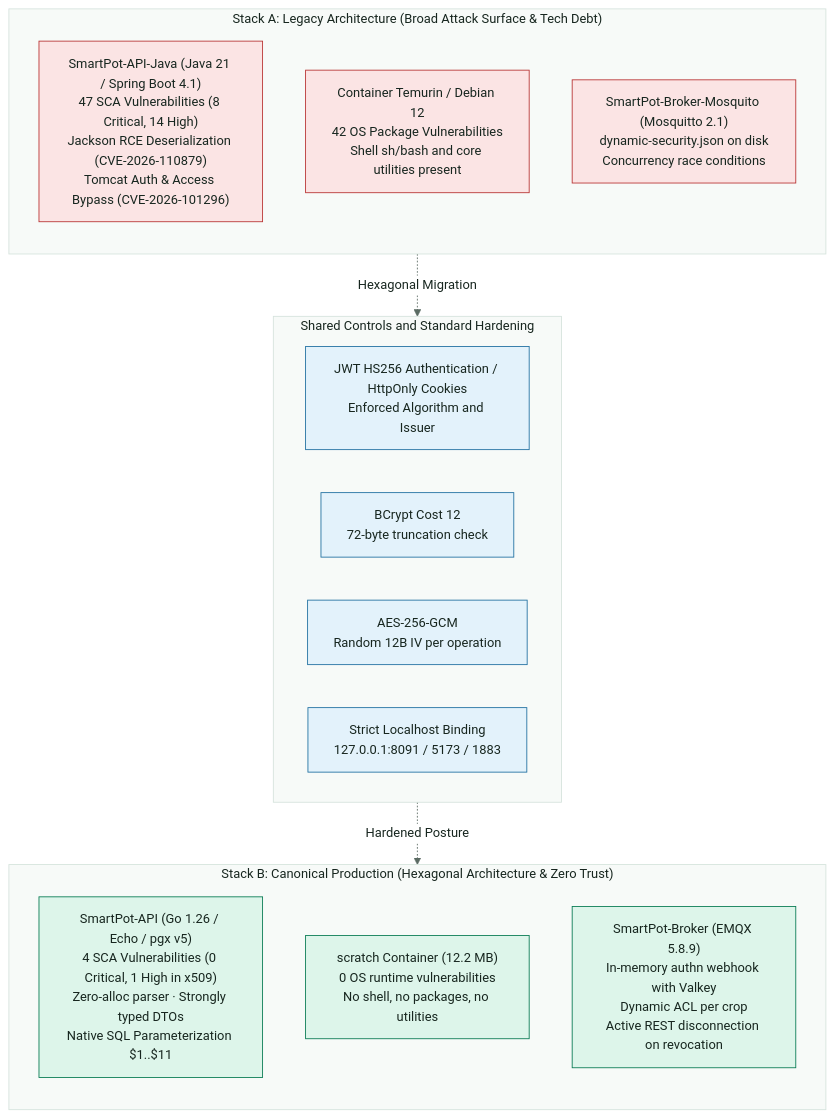
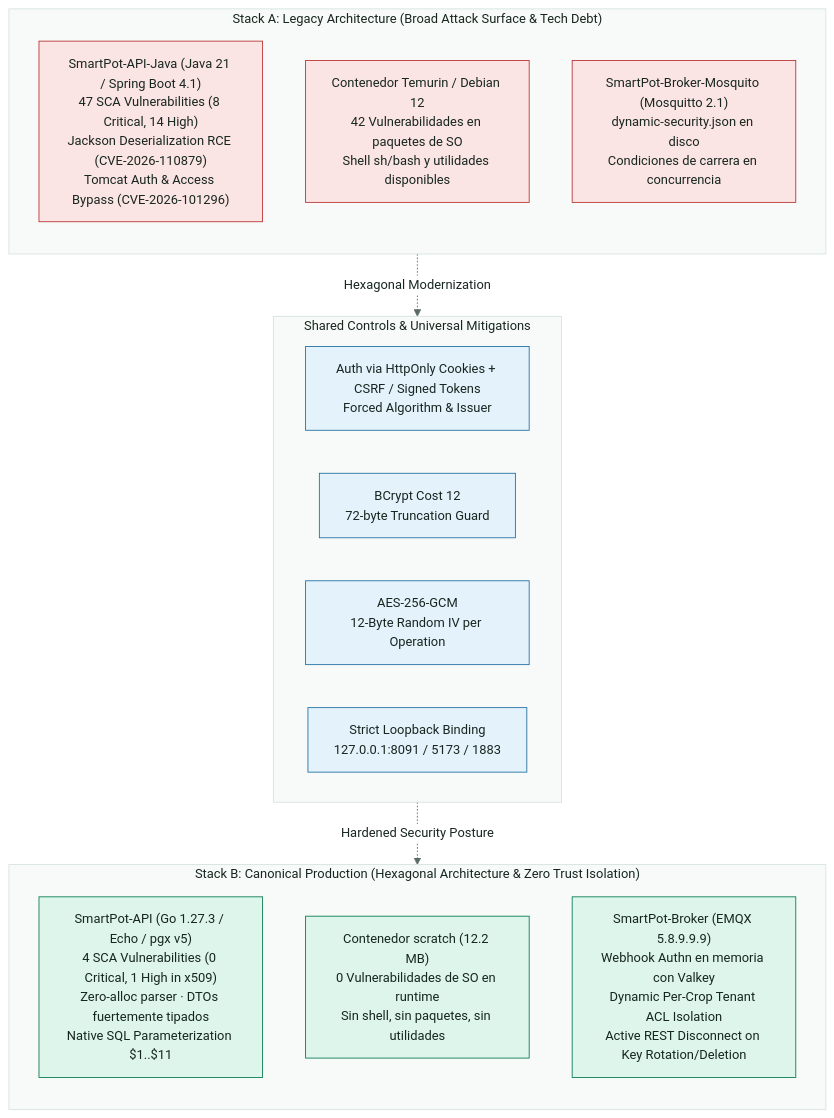
The diagram in docs/SmartPot_Security_Scan_AB.md (SmartPotTech/.github), drawn with Mermaid before and after one commit. The commit also changed other lines of this file and 186 other files, not shown here.

Commit message:
docs(specs): synchronize 100% english organization documentation, diagrams, and formal deliverables

````diff
--- a/docs/SmartPot_Security_Scan_AB.md
+++ b/docs/SmartPot_Security_Scan_AB.md
@@ -161,38 +157,38 @@
 ```mermaid
 %%{init: {"theme": "base", "fontFamily": "Segoe UI, Arial, sans-serif", "themeVariables": {"fontFamily": "Segoe UI, Arial, sans-serif", "fontSize": "15px", "primaryColor": "#DDF5EA", "primaryTextColor": "#17261F", "primaryBorderColor": "#067A52", "secondaryColor": "#E3F2FB", "secondaryTextColor": "#17261F", "secondaryBorderColor": "#1F6FA0", "tertiaryColor": "#F2F7F4", "tertiaryTextColor": "#17261F", "tertiaryBorderColor": "#D5E3DC", "lineColor": "#5B6B63", "textColor": "#17261F", "mainBkg": "#DDF5EA", "nodeBorder": "#067A52", "clusterBkg": "#F7FAF8", "clusterBorder": "#D5E3DC", "edgeLabelBackground": "#FFFFFF", "actorBkg": "#067A52", "actorBorder": "#0B3D2B", "actorTextColor": "#FFFFFF", "actorLineColor": "#5B6B63", "signalColor": "#17261F", "signalTextColor": "#17261F", "labelBoxBkgColor": "#0B3D2B", "labelBoxBorderColor": "#0B3D2B", "labelTextColor": "#FFFFFF", "loopTextColor": "#0B3D2B", "noteBkgColor": "#FDF4DD", "noteBorderColor": "#C98D12", "noteTextColor": "#17261F", "activationBkgColor": "#DDF5EA", "activationBorderColor": "#067A52", "attributeBackgroundColorOdd": "#FFFFFF", "attributeBackgroundColorEven": "#F2F7F4"}}}%%
 flowchart TD
   subgraph STACK_A["Stack A: Legacy Architecture (Broad Attack Surface & Tech Debt)"]
     direction TB
-    A_API["SmartPot-API-Java (Java 21 / Spring Boot 4.1)<br/>47 SCA Vulnerabilities (8 Critical, 14 High)<br/>Jackson RCE Deserialization (CVE-2026-110879)<br/>Tomcat Auth & Access Bypass (CVE-2026-101296)"]
-    A_SO["Container Temurin / Debian 12<br/>42 OS Package Vulnerabilities<br/>Shell sh/bash and core utilities present"]
-    A_BROKER["SmartPot-Broker-Mosquito (Mosquitto 2.1)<br/>dynamic-security.json on disk<br/>Concurrency race conditions"]
+    A_API["SmartPot-API-Java (Java 21 / Spring Boot 4.1)<br/>47 SCA Vulnerabilities (8 Critical, 14 High)<br/>Jackson Deserialization RCE (CVE-2026-110879)<br/>Tomcat Auth & Access Bypass (CVE-2026-101296)"]
+    A_SO["Contenedor Temurin / Debian 12<br/>42 Vulnerabilidades en paquetes de SO<br/>Shell sh/bash y utilidades disponibles"]
+    A_BROKER["SmartPot-Broker-Mosquito (Mosquitto 2.1)<br/>dynamic-security.json en disco<br/>Condiciones de carrera en concurrencia"]
   end
 
-  subgraph CONTROLS["Shared Controls and Standard Hardening"]
+  subgraph CONTROLS["Shared Controls & Universal Mitigations"]
     direction LR
-    AUTH["JWT HS256 Authentication / HttpOnly Cookies<br/>Enforced Algorithm and Issuer"]
-    PASSWD["BCrypt Cost 12<br/>72-byte truncation check"]
-    CRYPTO["AES-256-GCM<br/>Random 12B IV per operation"]
-    PORTS["Strict Localhost Binding<br/>127.0.0.1:8091 / 5173 / 1883"]
+    AUTH["Auth via HttpOnly Cookies + CSRF / Signed Tokens<br/>Forced Algorithm & Issuer"]
+    PASSWD["BCrypt Cost 12<br/>72-byte Truncation Guard"]
+    CRYPTO["AES-256-GCM<br/>12-Byte Random IV per Operation"]
+    PORTS["Strict Loopback Binding<br/>127.0.0.1:8091 / 5173 / 1883"]
   end
 
-  subgraph STACK_B["Stack B: Canonical Production (Hexagonal Architecture & Zero Trust)"]
+  subgraph STACK_B["Stack B: Canonical Production (Hexagonal Architecture & Zero Trust Isolation)"]
     direction TB
-    B_API["SmartPot-API (Go 1.26 / Echo / pgx v5)<br/>4 SCA Vulnerabilities (0 Critical, 1 High in x509)<br/>Zero-alloc parser · Strongly typed DTOs<br/>Native SQL Parameterization $1..$11"]
-    B_SO["scratch Container (12.2 MB)<br/>0 OS runtime vulnerabilities<br/>No shell, no packages, no utilities"]
-    B_BROKER["SmartPot-Broker (EMQX 5.8.9)<br/>In-memory authn webhook with Valkey<br/>Dynamic ACL per crop<br/>Active REST disconnection on revocation"]
+    B_API["SmartPot-API (Go 1.27.3 / Echo / pgx v5)<br/>4 SCA Vulnerabilities (0 Critical, 1 High in x509)<br/>Zero-alloc parser · DTOs fuertemente tipados<br/>Native SQL Parameterization $1..$11"]
+    B_SO["Contenedor scratch (12.2 MB)<br/>0 Vulnerabilidades de SO en runtime<br/>Sin shell, sin paquetes, sin utilidades"]
+    B_BROKER["SmartPot-Broker (EMQX 5.8.9.9.9)<br/>Webhook Authn en memoria con Valkey<br/>Dynamic Per-Crop Tenant ACL Isolation<br/>Active REST Disconnect on Key Rotation/Deletion"]
   end
 
-  STACK_A -.->|"Hexagonal Migration"| CONTROLS
-  CONTROLS -.->|"Hardened Posture"| STACK_B
+  STACK_A -.->|"Hexagonal Modernization"| CONTROLS
+  CONTROLS -.->|"Hardened Security Posture"| STACK_B
 
   classDef core fill:#DDF5EA,stroke:#067A52,color:#17261F
   classDef platform fill:#E3F2FB,stroke:#1F6FA0,color:#17261F
   classDef store fill:#F2F7F4,stroke:#5B6B63,color:#17261F
   classDef device fill:#FDF4DD,stroke:#C98D12,color:#17261F
   classDef alert fill:#FBE4E4,stroke:#B83232,color:#17261F
 
   class B_API,B_SO,B_BROKER core
   class AUTH,PASSWD,CRYPTO,PORTS platform
   class A_API,A_SO,A_BROKER alert
 ```
````
